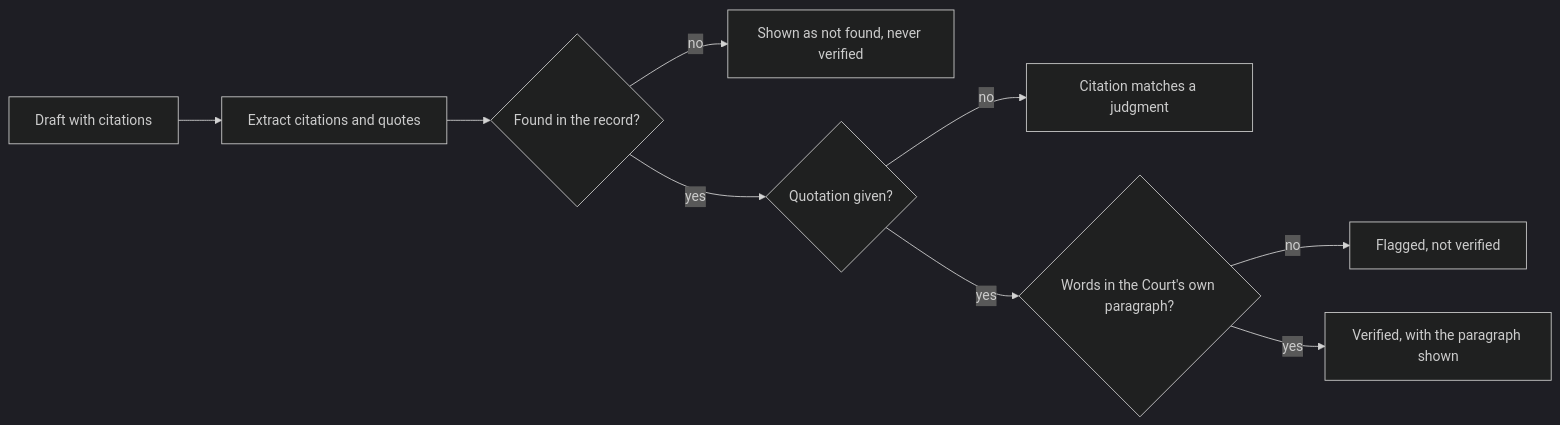
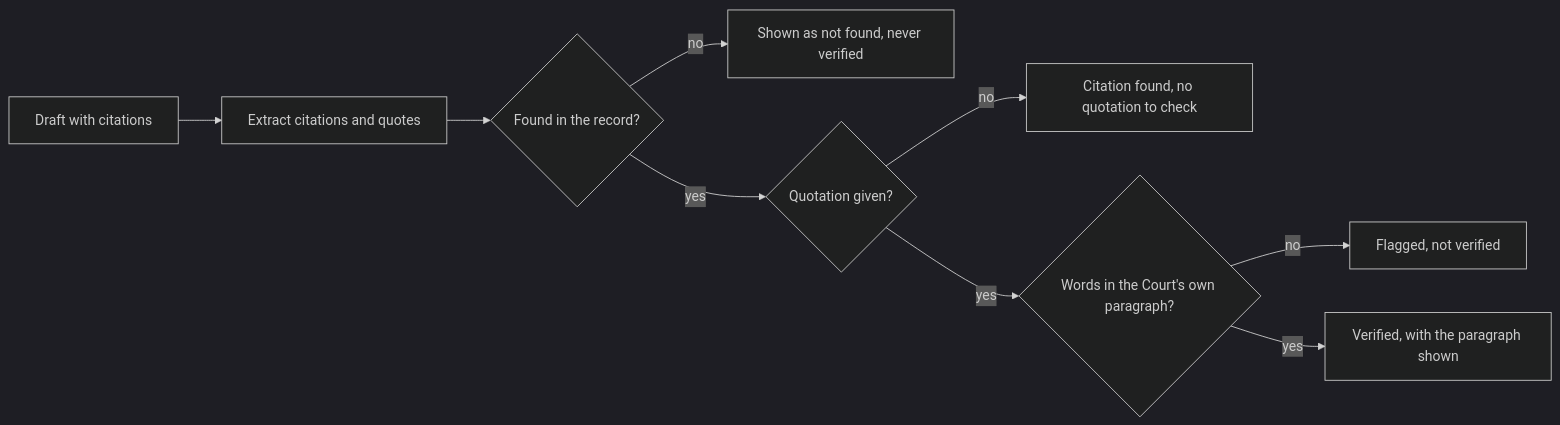
Before and after one commit to RahulModugula/RahulModugula: the diagram in README.md, drawn with Mermaid (dark theme). The commit also changed other lines of this file and 2 other files, not shown here.

````diff
--- a/README.md
+++ b/README.md
@@ -53,11 +74,11 @@
 ```mermaid
 flowchart LR
     D[Draft with citations] --> X[Extract citations and quotes]
     X --> L{Found in the record?}
     L -- no --> N[Shown as not found, never verified]
     L -- yes --> Q{Quotation given?}
-    Q -- no --> V1[Citation matches a judgment]
+    Q -- no --> V1[Citation found, no quotation to check]
     Q -- yes --> P{Words in the Court's own paragraph?}
     P -- no --> U[Flagged, not verified]
     P -- yes --> V2[Verified, with the paragraph shown]
 ```
````
